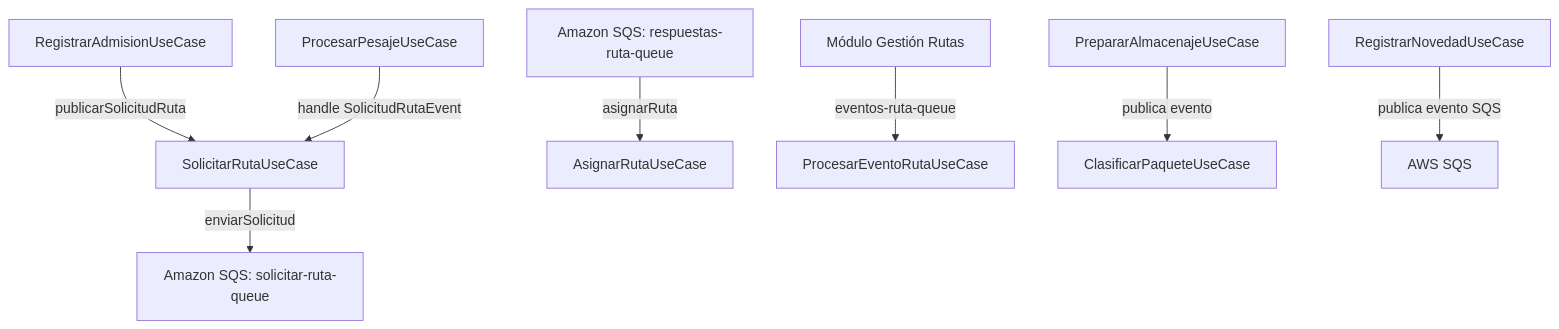
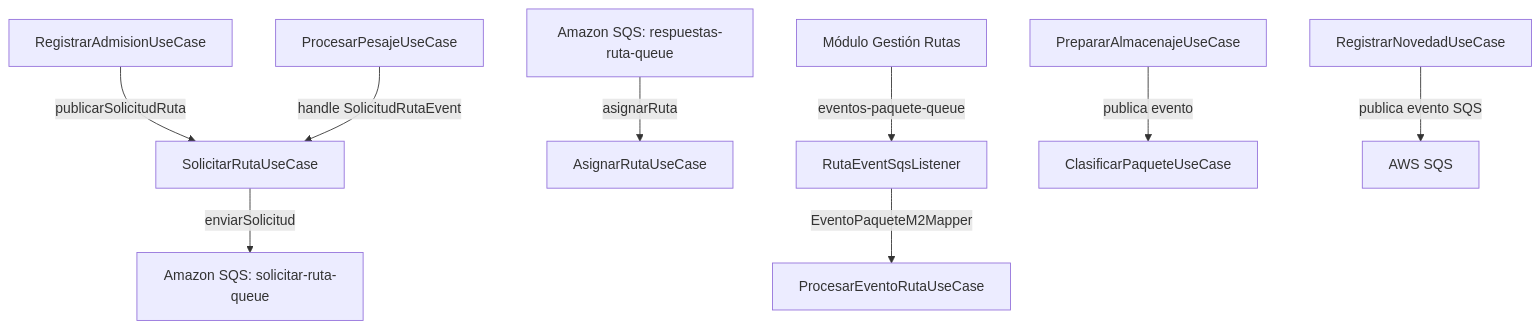
Before and after one commit to InsoftUnimag/20261LogisticsPackages: the diagram in Backend/Externo/Agent/Project/02-Application-UseCases.md, drawn with Mermaid. The commit also changed other lines of this file and 3 other files, not shown here.

````diff
--- a/Backend/Externo/Agent/Project/02-Application-UseCases.md
+++ b/Backend/Externo/Agent/Project/02-Application-UseCases.md
@@ -169,10 +181,11 @@
 ```mermaid
 graph TD
     UC1[RegistrarAdmisionUseCase] -->|publicarSolicitudRuta| UC5[SolicitarRutaUseCase]
     UC2[ProcesarPesajeUseCase] -->|handle SolicitudRutaEvent| UC5
     UC5 -->|enviarSolicitud| SQS_OUT[Amazon SQS: solicitar-ruta-queue]
     SQS_IN[Amazon SQS: respuestas-ruta-queue] -->|asignarRuta| UC6[AsignarRutaUseCase]
-    MOD2[Módulo Gestión Rutas] -->|eventos-ruta-queue| UC9[ProcesarEventoRutaUseCase]
+    MOD2[Módulo Gestión Rutas] -->|eventos-paquete-queue| LSN2[RutaEventSqsListener]
+    LSN2 -->|EventoPaqueteM2Mapper| UC9[ProcesarEventoRutaUseCase]
     UC4[PrepararAlmacenajeUseCase] -->|publica evento| UC3[ClasificarPaqueteUseCase]
     UC10[RegistrarNovedadUseCase] -->|publica evento SQS| SQS[AWS SQS]
 ```
````
